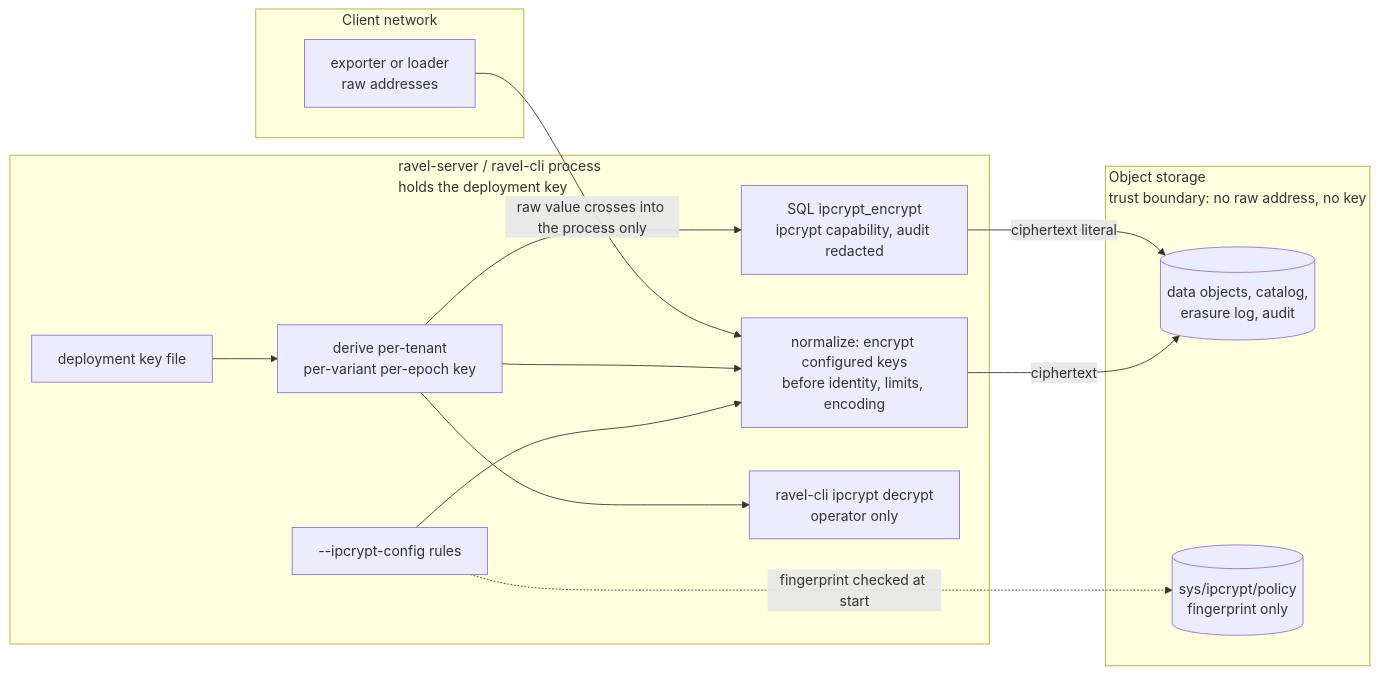
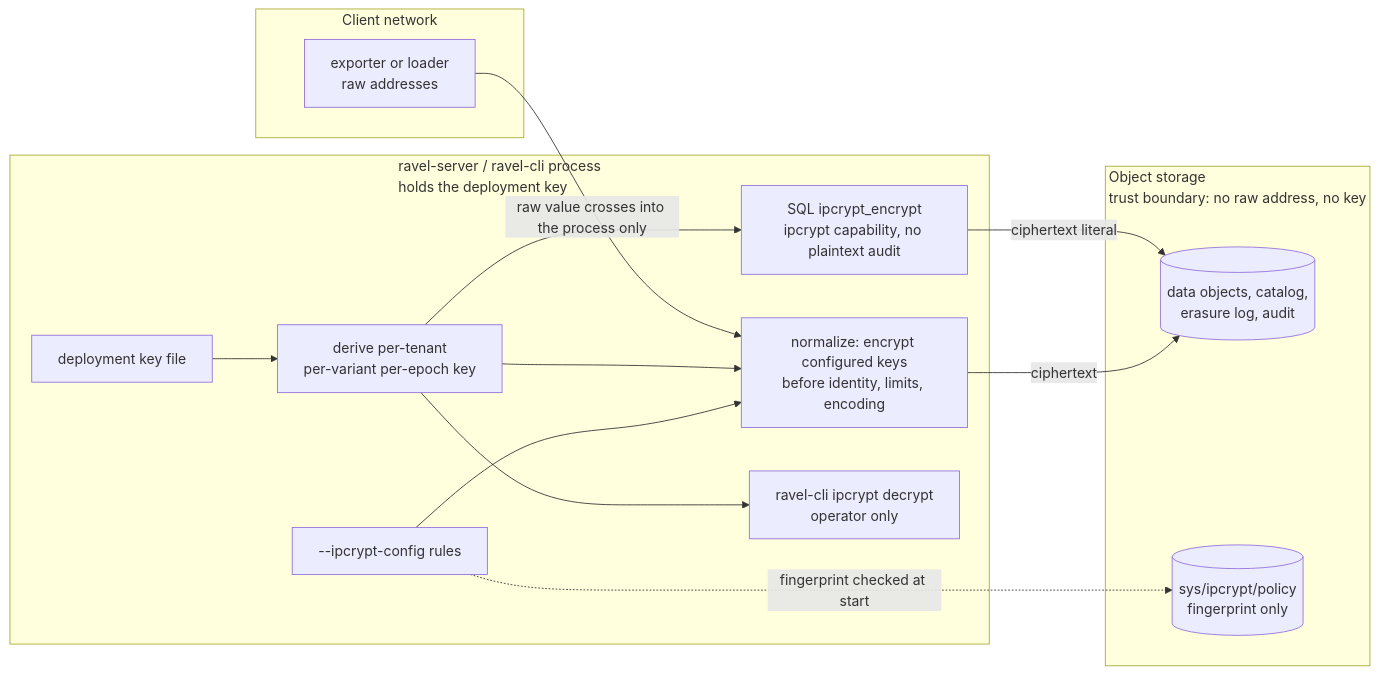
Before and after one commit to NOFireAI/ravel: the diagram in docs/adrs/2993-ipcrypt-attribute-pseudonymization.md, drawn with Mermaid. The commit also changed other lines of this file and 1 other file, not shown here.

````diff
--- a/docs/adrs/2993-ipcrypt-attribute-pseudonymization.md
+++ b/docs/adrs/2993-ipcrypt-attribute-pseudonymization.md
@@ -305,21 +407,21 @@
 ```mermaid
 flowchart LR
     subgraph client[Client network]
         C[exporter or loader<br/>raw addresses]
     end
     subgraph proc[ravel-server / ravel-cli process<br/>holds the deployment key]
         K[deployment key file] --> D[derive per-tenant<br/>per-variant per-epoch key]
         P[--ipcrypt-config rules] --> N
         D --> N[normalize: encrypt configured keys<br/>before identity, limits, encoding]
-        D --> Q[SQL ipcrypt_encrypt<br/>ipcrypt capability, audit redacted]
+        D --> Q[SQL ipcrypt_encrypt<br/>ipcrypt capability, no plaintext audit]
         D --> X[ravel-cli ipcrypt decrypt<br/>operator only]
     end
     subgraph store[Object storage<br/>trust boundary: no raw address, no key]
         S[(data objects, catalog,<br/>erasure log, audit)]
         M[(sys/ipcrypt/policy<br/>fingerprint only)]
     end
     P -. fingerprint checked at start .-> M
     C -- raw value crosses into the process only --> N
     N -- ciphertext --> S
     Q -- ciphertext literal --> S
 ```
````
